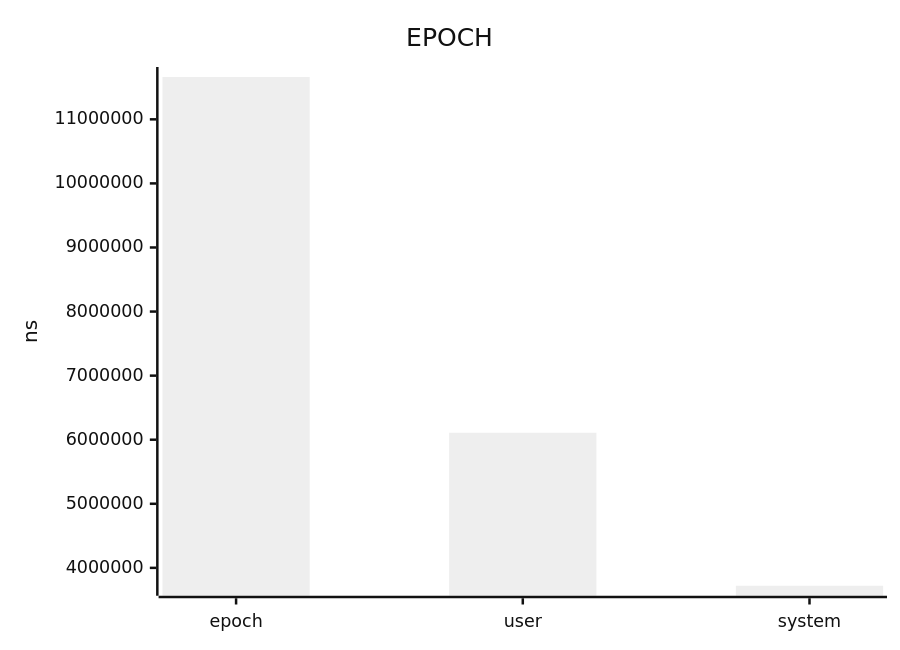
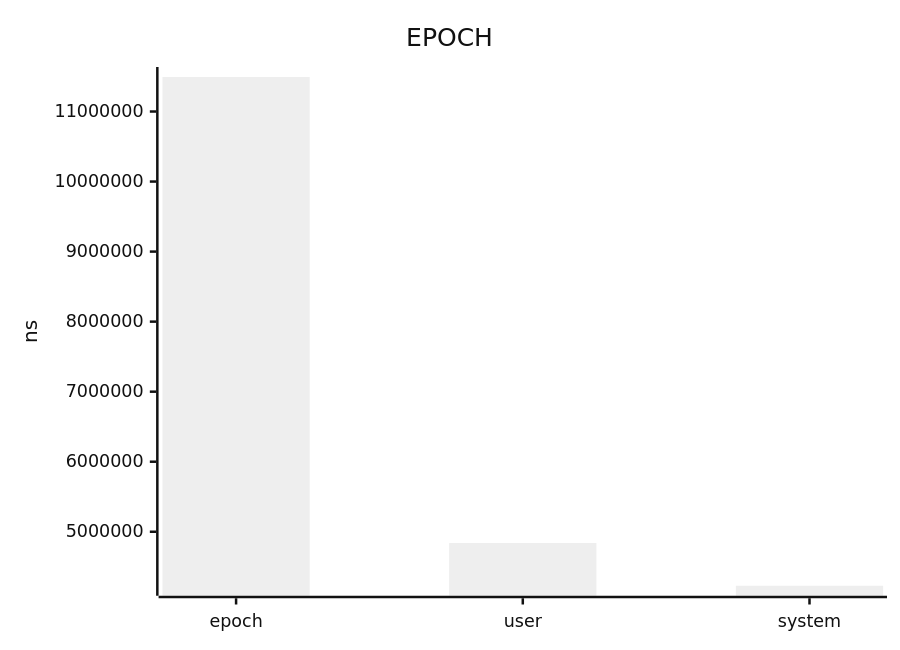
One commit to jrengmusic/saw changed the diagram in benchmark/saw-lines-vs-sed-report.md. Above: the diagram before and after it, drawn with Mermaid (neutral theme). The commit also changed other lines of this file and 434 other files, not shown here.

````diff
--- a/benchmark/saw-lines-vs-sed-report.md
+++ b/benchmark/saw-lines-vs-sed-report.md
@@ -23,7 +17,7 @@
 ```mermaid
 xychart-beta
 title "EPOCH"
 x-axis ["epoch", "user", "system"]
 y-axis "ns"
-bar [11660625.00000000000000000, 6109000.00000000000000000, 3721000.00000000000000000]
+bar [11492875.00000000000000000, 4839000.00000000000000000, 4229000.00000000000000000]
 ```
````
